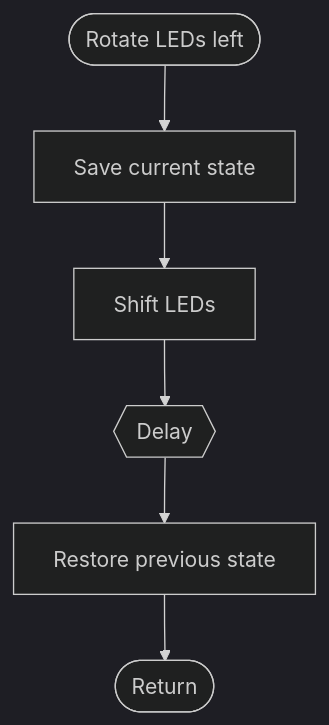
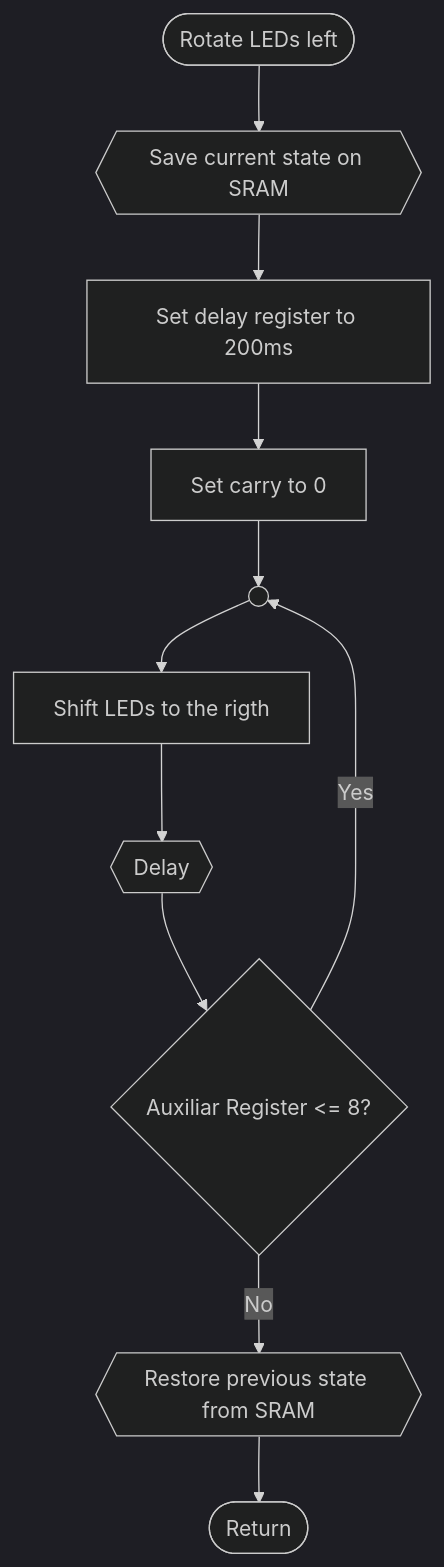
Before and after one commit to gabrielluizep/eng-mic: the third of 6 diagrams in subroutines/subroutines.md, drawn with Mermaid (dark theme). The commit also changed other lines of this file and 1 other file, not shown here.

````diff
--- a/subroutines/subroutines.md
+++ b/subroutines/subroutines.md
@@ -29,9 +32,15 @@
 ```mermaid
 graph TD
   rol([Rotate LEDs left])
-  --> save[Save current state]
-  --> shift[Shift LEDs]
+  --> save{{Save current state on SRAM}}
+  --> setDelay[Set delay register to 200ms]
+  --> carry[Set carry to 0]
+  --> loop(( ))
+  --> shift[Shift LEDs to the rigth]
   --> delay{{Delay}}
-  --> restore[Restore previous state]
+  --> validation{Auxiliar Register <= 8?}
+  --> |Yes| loop
+  validation
+  --> |No| restore{{Restore previous state from SRAM}}
   --> return([Return])
 ```
````
